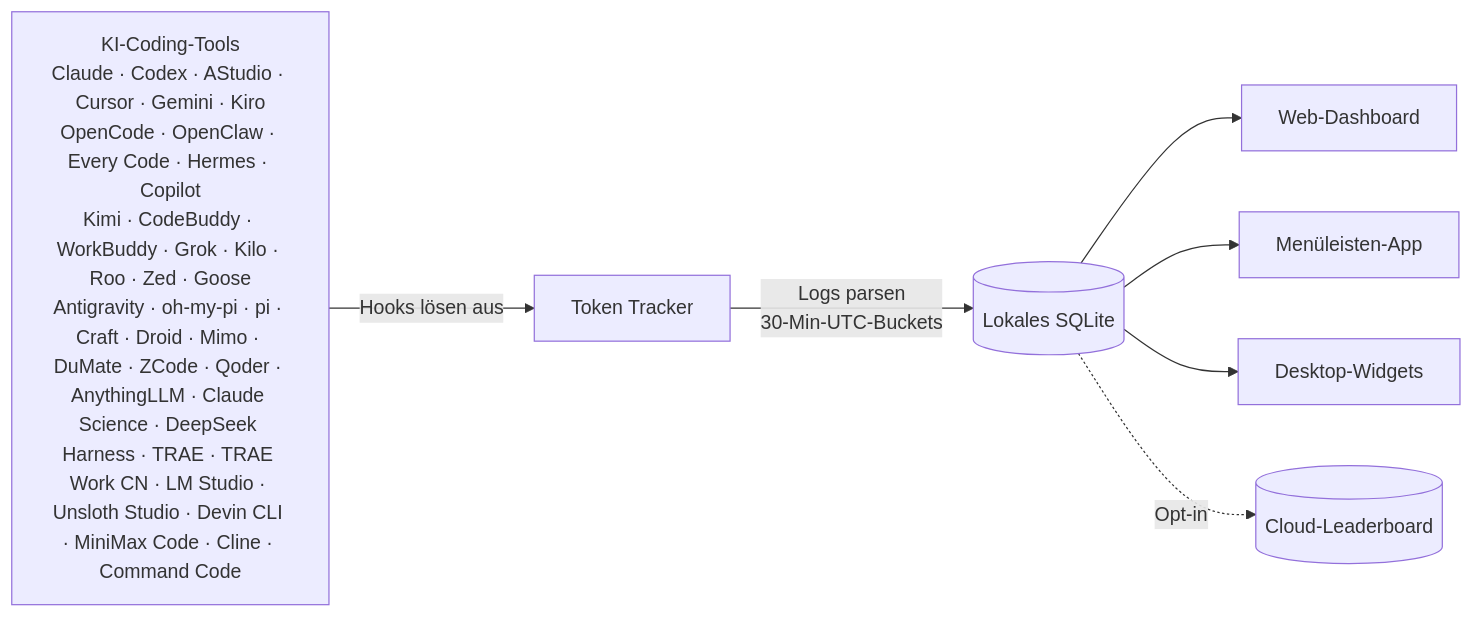
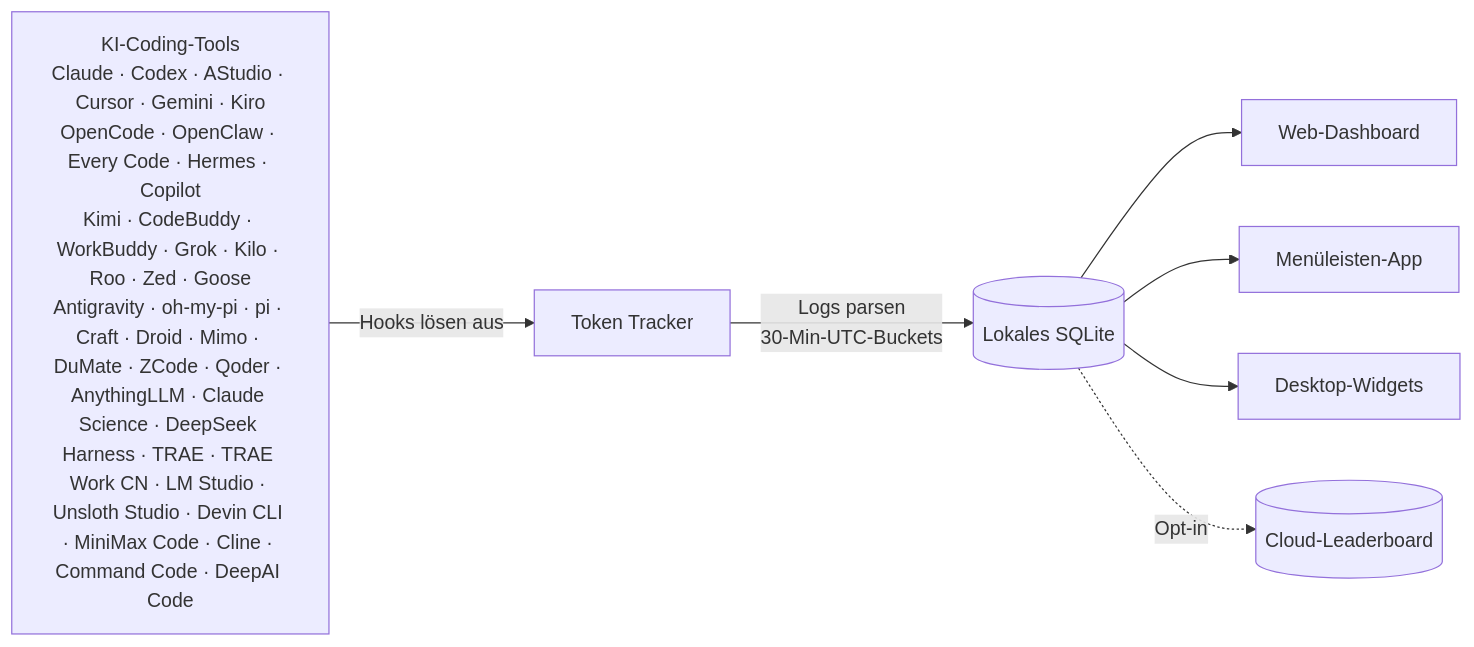
The diagram in README.de.md (xiufengsun/TokenTracker), drawn with Mermaid before and after one commit. The commit also changed other lines of this file and 14 other files, not shown here.

````diff
--- a/README.de.md
+++ b/README.de.md
@@ -252,10 +253,10 @@
 ```mermaid
 flowchart LR
-    A["KI-Coding-Tools<br/>Claude · Codex · AStudio · Cursor · Gemini · Kiro<br/>OpenCode · OpenClaw · Every Code · Hermes · Copilot<br/>Kimi · CodeBuddy · WorkBuddy · Grok · Kilo · Roo · Zed · Goose<br/>Antigravity · oh-my-pi · pi · Craft · Droid · Mimo · DuMate · ZCode · Qoder · AnythingLLM · Claude Science · DeepSeek Harness · TRAE · TRAE Work CN · LM Studio · Unsloth Studio · Devin CLI · MiniMax Code · Cline · Command Code"]
+    A["KI-Coding-Tools<br/>Claude · Codex · AStudio · Cursor · Gemini · Kiro<br/>OpenCode · OpenClaw · Every Code · Hermes · Copilot<br/>Kimi · CodeBuddy · WorkBuddy · Grok · Kilo · Roo · Zed · Goose<br/>Antigravity · oh-my-pi · pi · Craft · Droid · Mimo · DuMate · ZCode · Qoder · AnythingLLM · Claude Science · DeepSeek Harness · TRAE · TRAE Work CN · LM Studio · Unsloth Studio · Devin CLI · MiniMax Code · Cline · Command Code · DeepAI Code"]
     A -->|Hooks lösen aus| B[Token Tracker]
     B -->|Logs parsen<br/>30-Min-UTC-Buckets| C[(Lokales SQLite)]
     C --> D[Web-Dashboard]
     C --> E[Menüleisten-App]
     C --> F[Desktop-Widgets]
     C -.->|Opt-in| G[(Cloud-Leaderboard)]
 ```
````
